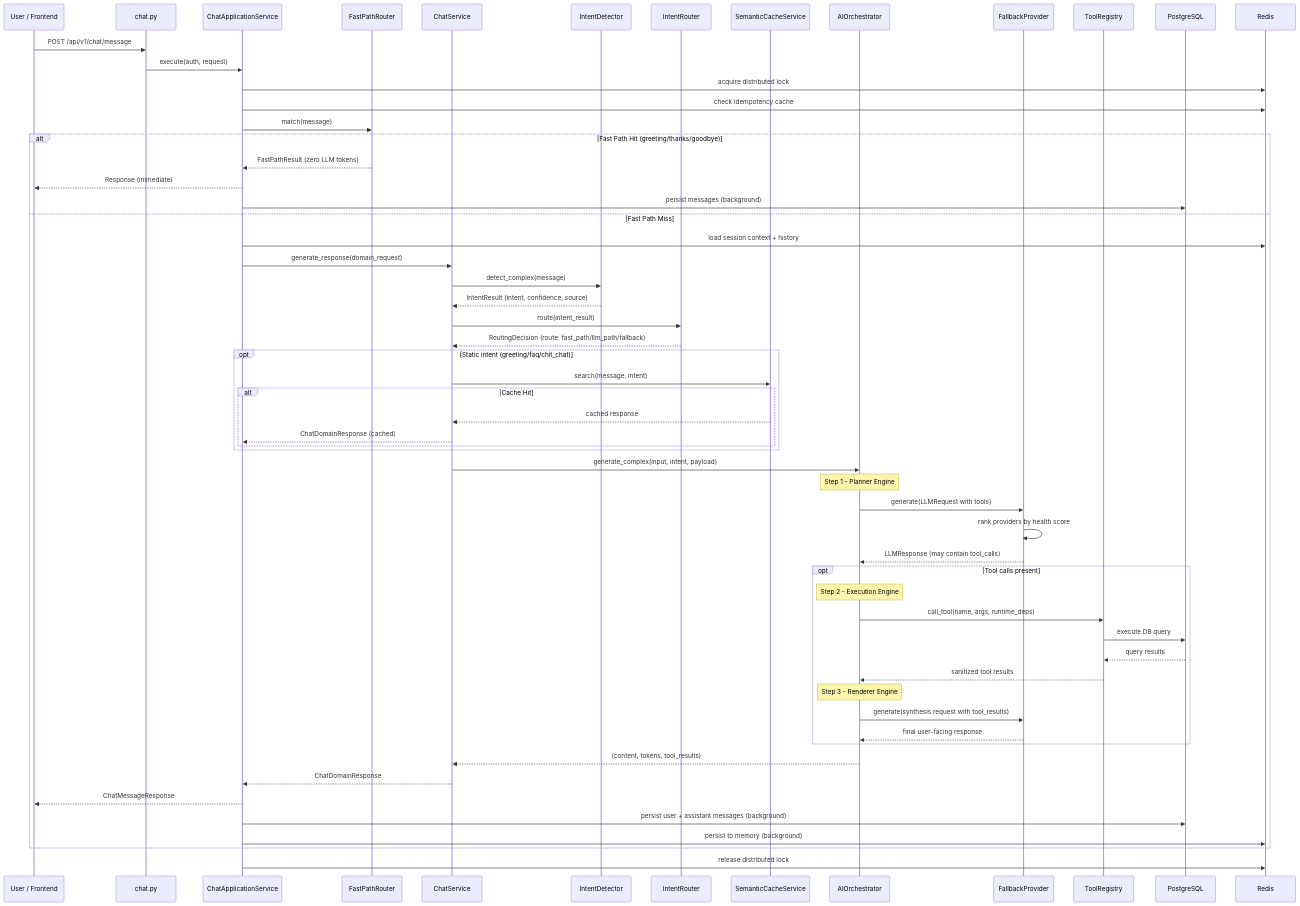
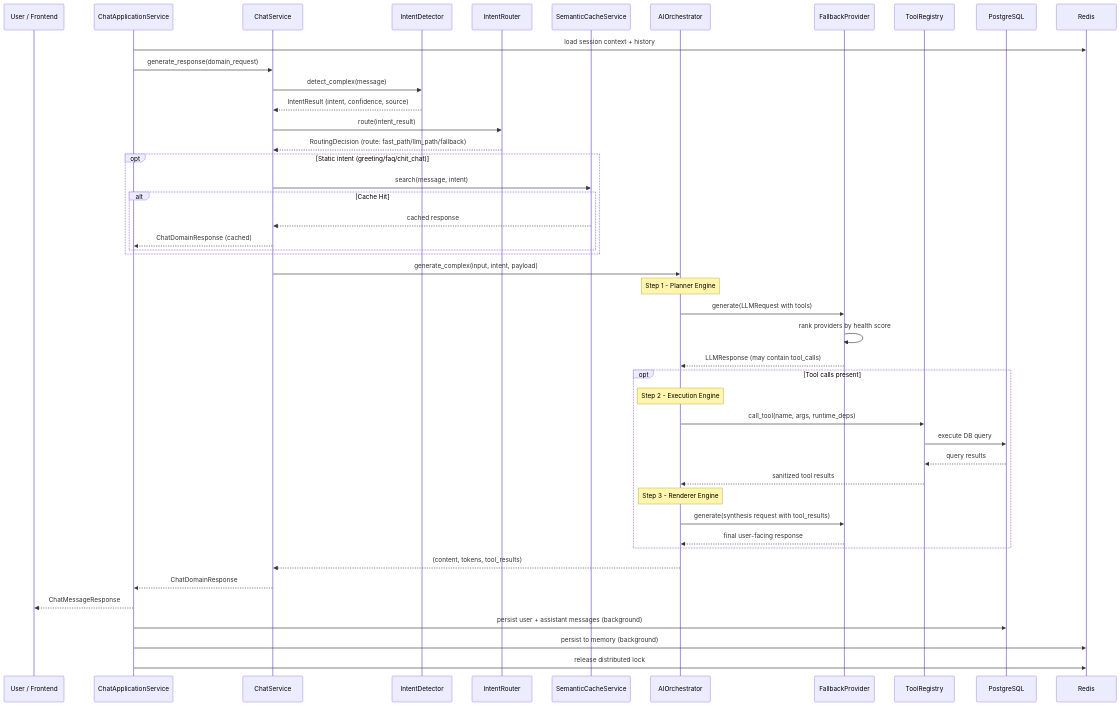
One commit to Mahmoud-Elqalini/TeGy-chatbot changed the fifth of 9 diagrams in docs/Documentation.md. Above: the diagram before and after it, drawn with Mermaid. The commit also changed other lines of this file, not shown here.

````diff
--- a/docs/Documentation.md
+++ b/docs/Documentation.md
@@ -201,70 +247,55 @@
 ```mermaid
 sequenceDiagram
     participant U as User / Frontend
-    participant API as chat.py
     participant CAS as ChatApplicationService
-    participant FPR as FastPathRouter
     participant CS as ChatService
     participant ID as IntentDetector
     participant IR as IntentRouter
     participant SC as SemanticCacheService
     participant AIO as AIOrchestrator
     participant FP as FallbackProvider
     participant Tools as ToolRegistry
     participant PG as PostgreSQL
     participant Redis as Redis
 
-    U->>API: POST /api/v1/chat/message
-    API->>CAS: execute(auth, request)
-    CAS->>Redis: acquire distributed lock
-    CAS->>Redis: check idempotency cache
-
-    CAS->>FPR: match(message)
-    alt Fast Path Hit (greeting/thanks/goodbye)
-        FPR-->>CAS: FastPathResult (zero LLM tokens)
-        CAS-->>U: Response (immediate)
-        CAS->>PG: persist messages (background)
-    else Fast Path Miss
-        CAS->>Redis: load session context + history
-        CAS->>CS: generate_response(domain_request)
-        CS->>ID: detect_complex(message)
-        ID-->>CS: IntentResult (intent, confidence, source)
-        CS->>IR: route(intent_result)
-        IR-->>CS: RoutingDecision (route: fast_path/llm_path/fallback)
-
-        opt Static intent (greeting/faq/chit_chat)
-            CS->>SC: search(message, intent)
-            alt Cache Hit
-                SC-->>CS: cached response
-                CS-->>CAS: ChatDomainResponse (cached)
-            end
+    CAS->>Redis: load session context + history
+    CAS->>CS: generate_response(domain_request)
+    CS->>ID: detect_complex(message)
+    ID-->>CS: IntentResult (intent, confidence, source)
+    CS->>IR: route(intent_result)
+    IR-->>CS: RoutingDecision (route: fast_path/llm_path/fallback)
+    
+    opt Static intent (greeting/faq/chit_chat)
+        CS->>SC: search(message, intent)
+        alt Cache Hit
+            SC-->>CS: cached response
+            CS-->>CAS: ChatDomainResponse (cached)
         end
-
-        CS->>AIO: generate_complex(input, intent, payload)
-
-        Note over AIO: Step 1 - Planner Engine
-        AIO->>FP: generate(LLMRequest with tools)
-        FP->>FP: rank providers by health score
-        FP-->>AIO: LLMResponse (may contain tool_calls)
-
-        opt Tool calls present
-            Note over AIO: Step 2 - Execution Engine
-            AIO->>Tools: call_tool(name, args, runtime_deps)
-            Tools->>PG: execute DB query
-            PG-->>Tools: query results
-            Tools-->>AIO: sanitized tool results
-
-            Note over AIO: Step 3 - Renderer Engine
-            AIO->>FP: generate(synthesis request with tool_results)
-            FP-->>AIO: final user-facing response
-        end
-
-        AIO-->>CS: (content, tokens, tool_results)
-        CS-->>CAS: ChatDomainResponse
-        CAS-->>U: ChatMessageResponse
-        CAS->>PG: persist user + assistant messages (background)
-        CAS->>Redis: persist to memory (background)
     end
 
+    CS->>AIO: generate_complex(input, intent, payload)
+
+    Note over AIO: Step 1 - Planner Engine
+    AIO->>FP: generate(LLMRequest with tools)
+    FP->>FP: rank providers by health score
+    FP-->>AIO: LLMResponse (may contain tool_calls)
+
+    opt Tool calls present
+        Note over AIO: Step 2 - Execution Engine
+        AIO->>Tools: call_tool(name, args, runtime_deps)
+        Tools->>PG: execute DB query
+        PG-->>Tools: query results
+        Tools-->>AIO: sanitized tool results
+
+        Note over AIO: Step 3 - Renderer Engine
+        AIO->>FP: generate(synthesis request with tool_results)
+        FP-->>AIO: final user-facing response
+    end
+
+    AIO-->>CS: (content, tokens, tool_results)
+    CS-->>CAS: ChatDomainResponse
+    CAS-->>U: ChatMessageResponse
+    CAS->>PG: persist user + assistant messages (background)
+    CAS->>Redis: persist to memory (background)
     CAS->>Redis: release distributed lock
 ```
````
